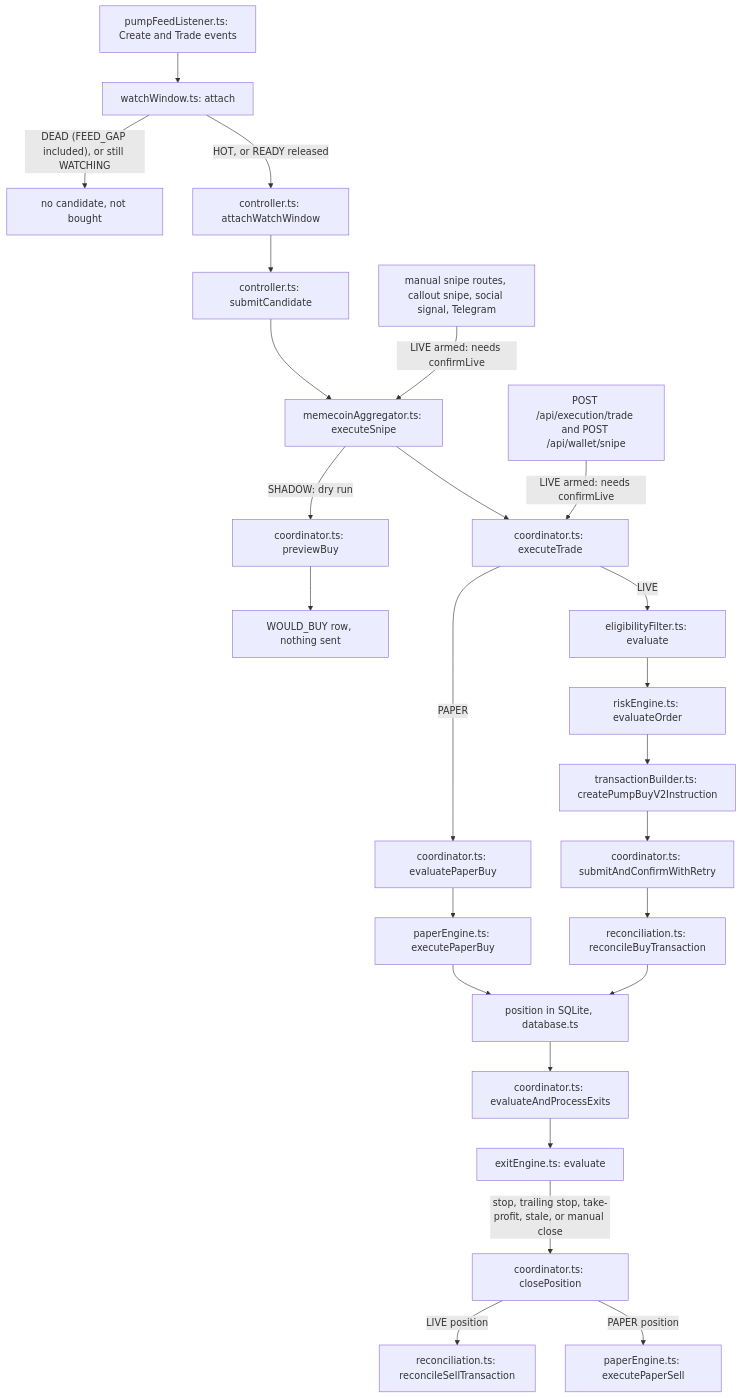
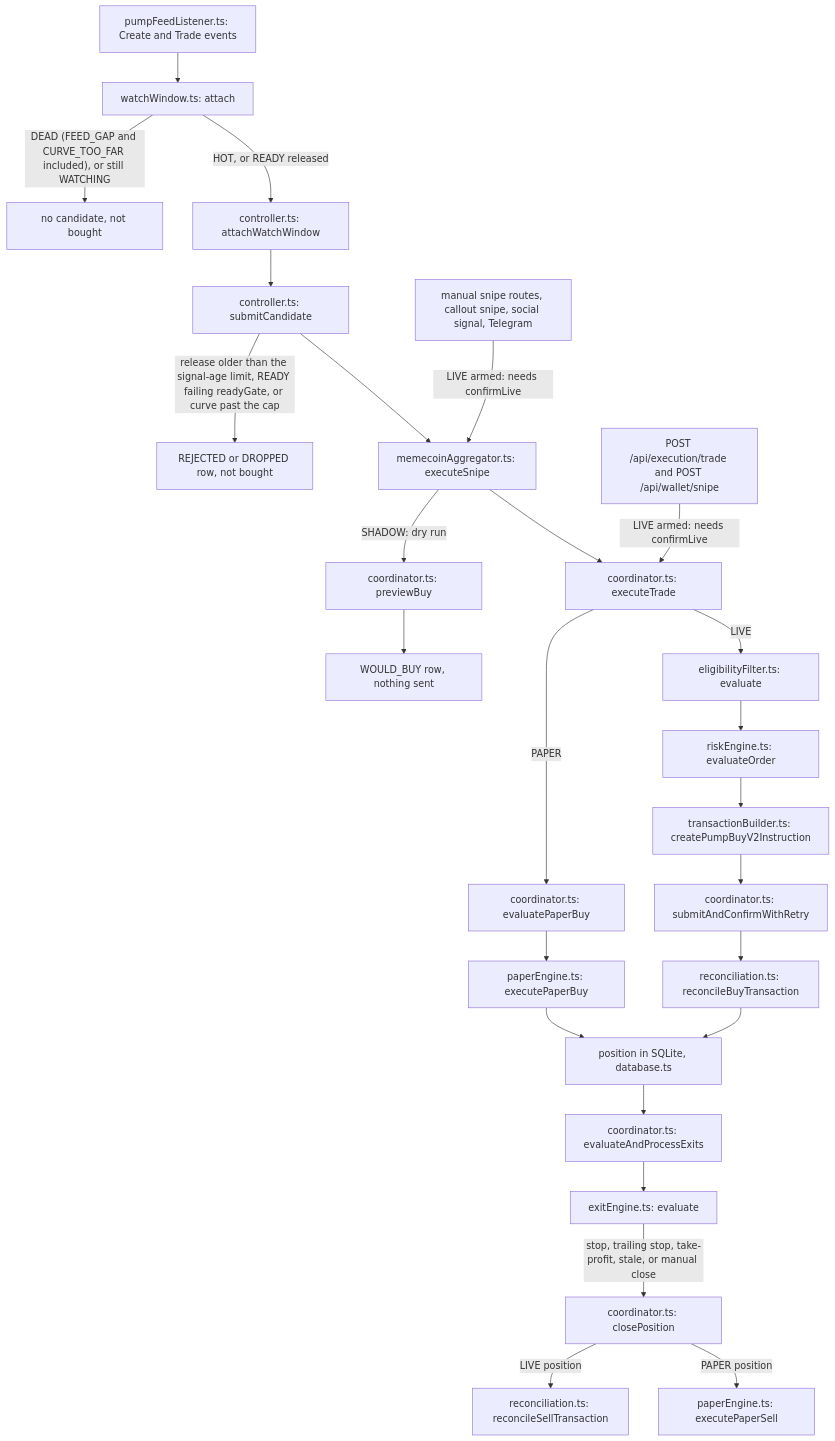
The first of 3 diagrams in docs/ARCHITECTURE.md (ttcdm/hft), drawn with Mermaid before and after one commit. The commit also changed other lines of this file and 25 other files, not shown here.

````diff
--- a/docs/ARCHITECTURE.md
+++ b/docs/ARCHITECTURE.md
@@ -40,27 +40,28 @@
 ```mermaid
 flowchart TD
   feed["pumpFeedListener.ts: Create and Trade events"] --> ww["watchWindow.ts: attach"]
-  ww -->|"DEAD (FEED_GAP included), or still WATCHING"| dropped["no candidate, not bought"]
+  ww -->|"DEAD (FEED_GAP and CURVE_TOO_FAR included), or still WATCHING"| dropped["no candidate, not bought"]
   ww -->|"HOT, or READY released"| att["controller.ts: attachWatchWindow"]
   att --> sub["controller.ts: submitCandidate"]
+  sub -->|"release older than the signal-age limit, READY failing readyGate, or curve past the cap"| refused["REJECTED or DROPPED row, not bought"]
   sub --> snipe["memecoinAggregator.ts: executeSnipe"]
   manual["manual snipe routes, callout snipe, social signal, Telegram"] -->|"LIVE armed: needs confirmLive"| snipe
   snipe -->|"SHADOW: dry run"| prev["coordinator.ts: previewBuy"]
   prev --> would["WOULD_BUY row, nothing sent"]
   snipe --> exec["coordinator.ts: executeTrade"]
   direct["POST /api/execution/trade and POST /api/wallet/snipe"] -->|"LIVE armed: needs confirmLive"| exec
   exec -->|"PAPER"| pgate["coordinator.ts: evaluatePaperBuy"]
   pgate --> pfill["paperEngine.ts: executePaperBuy"]
   exec -->|"LIVE"| elig["eligibilityFilter.ts: evaluate"]
   elig --> risk["riskEngine.ts: evaluateOrder"]
   risk --> build["transactionBuilder.ts: createPumpBuyV2Instruction"]
   build --> send["coordinator.ts: submitAndConfirmWithRetry"]
   send --> recon["reconciliation.ts: reconcileBuyTransaction"]
   pfill --> pos["position in SQLite, database.ts"]
   recon --> pos
   pos --> exits["coordinator.ts: evaluateAndProcessExits"]
   exits --> rule["exitEngine.ts: evaluate"]
   rule -->|"stop, trailing stop, take-profit, stale, or manual close"| close["coordinator.ts: closePosition"]
   close -->|"LIVE position"| sell["reconciliation.ts: reconcileSellTransaction"]
   close -->|"PAPER position"| psell["paperEngine.ts: executePaperSell"]
 ```
````
